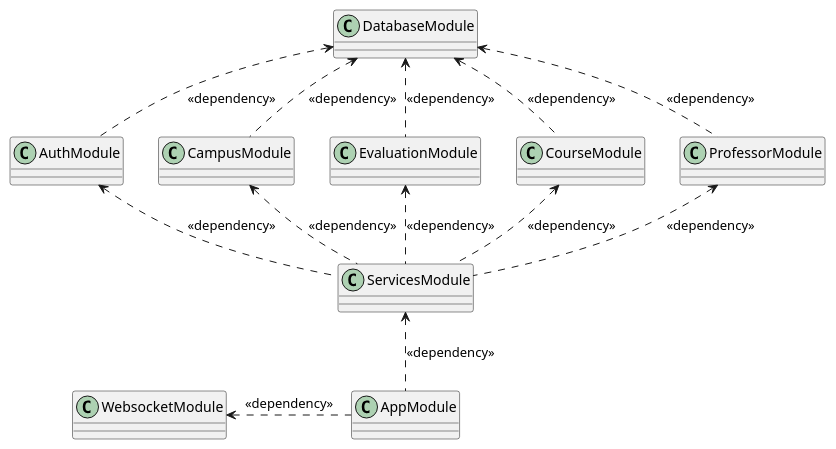
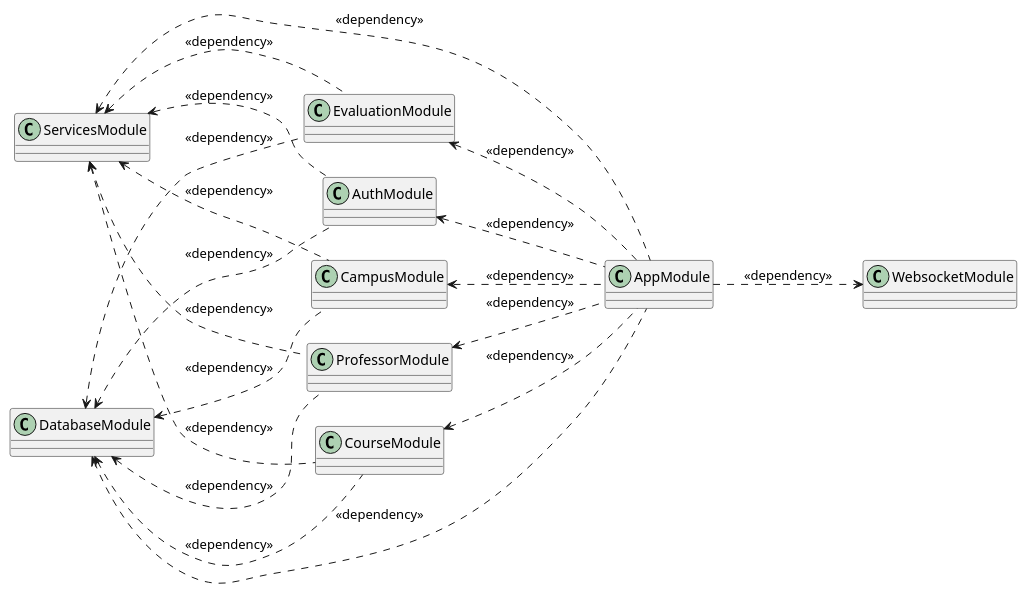
Before and after one commit to MurylloEx/Seja-UPE-Docs: the diagram in src/C1. Visão Geral/C2. Sistema/C3. Endpoints RESTful (Server)/C4. Visão Lógica/[PUML] Classes - Modules.puml, drawn with PlantUML.

Commit message:
:recycle: refactor: Improvements in Class Diagram (Modules).

```diff
--- a/src/C1. Visão Geral/C2. Sistema/C3. Endpoints RESTful (Server)/C4. Visão Lógica/[PUML] Classes - Modules.puml
+++ b/src/C1. Visão Geral/C2. Sistema/C3. Endpoints RESTful (Server)/C4. Visão Lógica/[PUML] Classes - Modules.puml
@@ -1,29 +1,40 @@
 @startuml "Class Diagram"
+
+left to right direction
 
 class ServicesModule
 class AuthModule
 class CampusModule
 class DatabaseModule
 class WebsocketModule
 class EvaluationModule
 class CourseModule
 class ProfessorModule
 class AppModule
 
 DatabaseModule <.. AuthModule        : <<dependency>>
 DatabaseModule <.. CampusModule      : <<dependency>>
 DatabaseModule <.. EvaluationModule  : <<dependency>>
 DatabaseModule <.. CourseModule      : <<dependency>>
 DatabaseModule <.. ProfessorModule   : <<dependency>>
 
-AuthModule <.. ServicesModule : <<dependency>>
-CampusModule <.. ServicesModule : <<dependency>>
-EvaluationModule <.. ServicesModule : <<dependency>>
-CourseModule <.. ServicesModule : <<dependency>>
-ProfessorModule <.. ServicesModule : <<dependency>>
-ServicesModule <.. AppModule : <<dependency>>
-WebsocketModule <.right. AppModule : <<dependency>>
+ServicesModule <.. AuthModule        : <<dependency>>
+ServicesModule <.. CampusModule      : <<dependency>>
+ServicesModule <.. EvaluationModule  : <<dependency>>
+ServicesModule <.. CourseModule      : <<dependency>>
+ServicesModule <.. ProfessorModule   : <<dependency>>
+
+AppModule .left.> AuthModule       : <<dependency>>
+AppModule .left.> CampusModule     : <<dependency>>
+AppModule .up.> EvaluationModule : <<dependency>>
+AppModule .left.> CourseModule     : <<dependency>>
+AppModule .left.> ProfessorModule  : <<dependency>>
+
+
+ServicesModule <.down. AppModule : <<dependency>>
+DatabaseModule <.down. AppModule : <<dependency>>
+WebsocketModule <.up. AppModule : <<dependency>>
 
 
 
 @enduml
```
